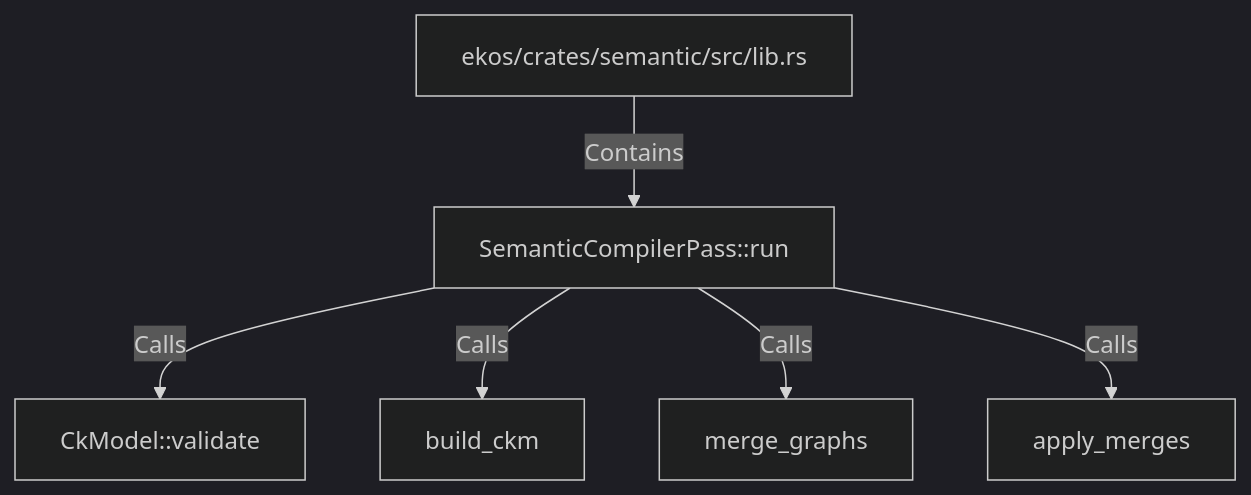
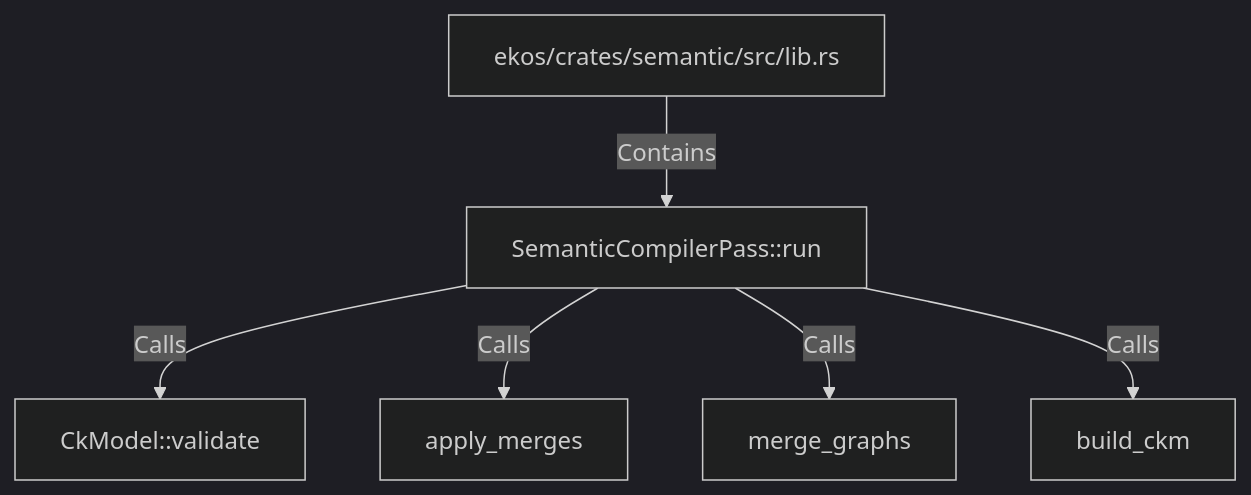
The diagram in doc/entities/rustsymbol/se/semanticcompilerpass-run.md (alexeyban/EKOS), drawn with Mermaid (dark theme) before and after one commit. The commit also changed other lines of this file and 552 other files, not shown here.

````diff
--- a/doc/entities/rustsymbol/se/semanticcompilerpass-run.md
+++ b/doc/entities/rustsymbol/se/semanticcompilerpass-run.md
@@ -24,14 +24,14 @@
 ```mermaid
 graph TD
     nc6428a28088e5899b6d1f734e97ebbbe["SemanticCompilerPass::run"]
     n54021a724846550c960fe63303e4d103["ekos/crates/semantic/src/lib.rs"]
     n54021a724846550c960fe63303e4d103 -->|Contains| nc6428a28088e5899b6d1f734e97ebbbe
     nde0b1febdf365b3d89ad69c32f6bb7c2["CkModel::validate"]
     nc6428a28088e5899b6d1f734e97ebbbe -->|Calls| nde0b1febdf365b3d89ad69c32f6bb7c2
+    n0fe2ab6b10b650bfbe74c6ec8ad47104["apply_merges"]
+    nc6428a28088e5899b6d1f734e97ebbbe -->|Calls| n0fe2ab6b10b650bfbe74c6ec8ad47104
+    naf354743f94c501c89070a51ccdae017["merge_graphs"]
+    nc6428a28088e5899b6d1f734e97ebbbe -->|Calls| naf354743f94c501c89070a51ccdae017
     n2629dd982de4577c97295674e1bef671["build_ckm"]
     nc6428a28088e5899b6d1f734e97ebbbe -->|Calls| n2629dd982de4577c97295674e1bef671
-    naf354743f94c501c89070a51ccdae017["merge_graphs"]
-    nc6428a28088e5899b6d1f734e97ebbbe -->|Calls| naf354743f94c501c89070a51ccdae017
-    n0fe2ab6b10b650bfbe74c6ec8ad47104["apply_merges"]
-    nc6428a28088e5899b6d1f734e97ebbbe -->|Calls| n0fe2ab6b10b650bfbe74c6ec8ad47104
 ```
````
